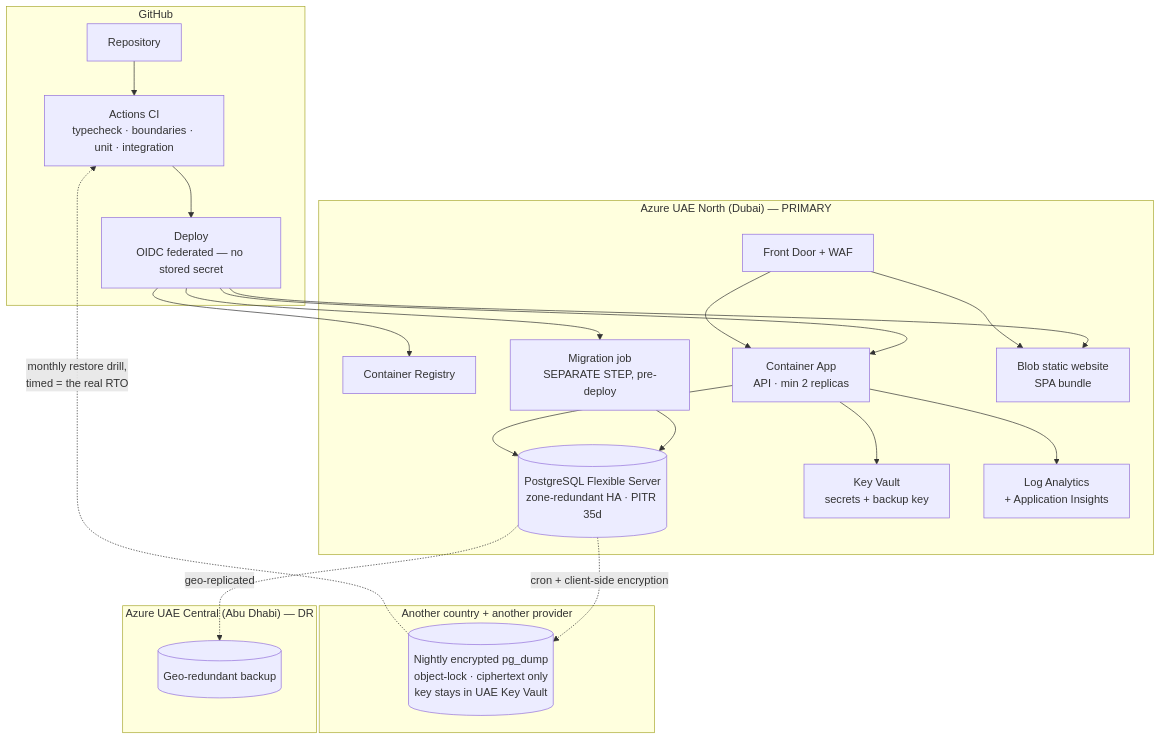
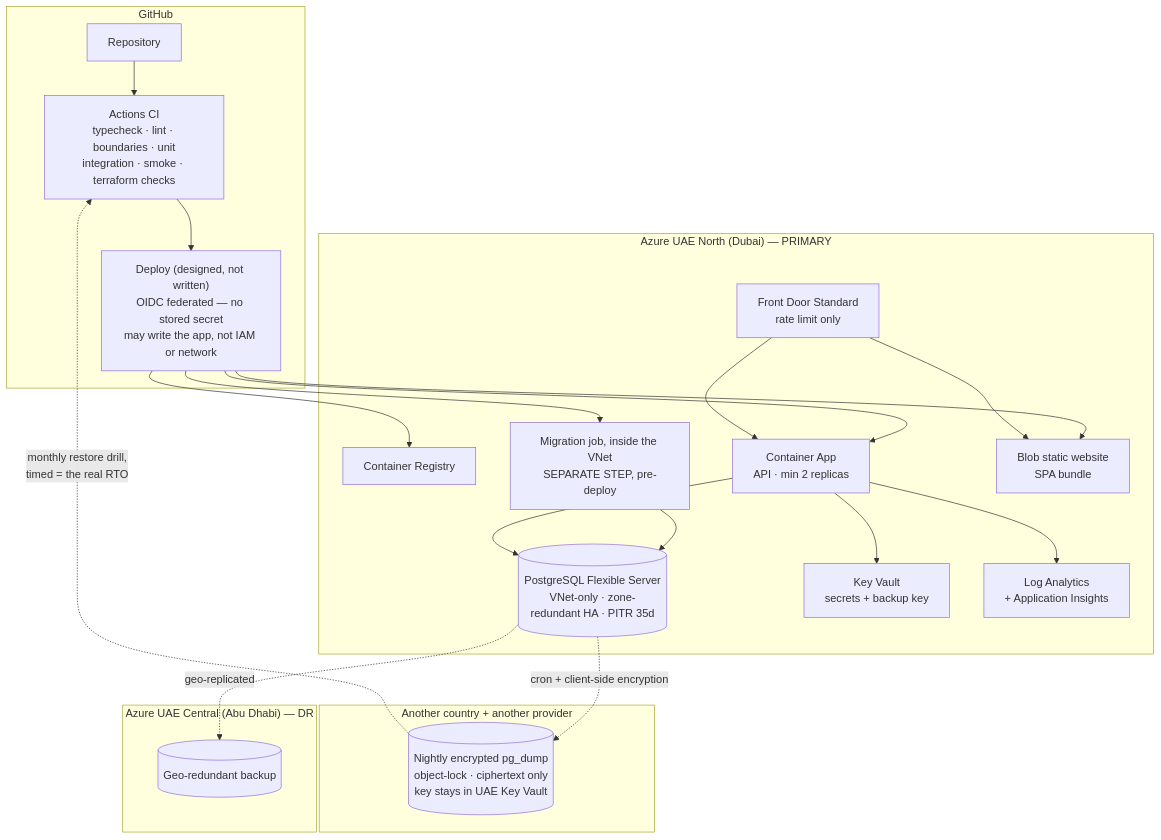
Before and after one commit to mohammad-qb/athlete: the fourth of 4 diagrams in README.md, drawn with Mermaid. The commit also changed other lines of this file and 13 other files, not shown here.

````diff
--- a/README.md
+++ b/README.md
@@ -248,40 +269,40 @@
 ```mermaid
 flowchart TB
     subgraph gh["GitHub"]
         repo["Repository"]
-        ci["Actions CI<br/>typecheck · boundaries · unit · integration"]
-        cd["Deploy<br/>OIDC federated — no stored secret"]
+        ci["Actions CI<br/>typecheck · lint · boundaries · unit<br/>integration · smoke · terraform checks"]
+        cd["Deploy (designed, not written)<br/>OIDC federated — no stored secret<br/>may write the app, not IAM or network"]
     end
 
     subgraph uaen["Azure UAE North (Dubai) — PRIMARY"]
         acr["Container Registry"]
-        mig["Migration job<br/>SEPARATE STEP, pre-deploy"]
+        mig["Migration job, inside the VNet<br/>SEPARATE STEP, pre-deploy"]
         ca["Container App<br/>API · min 2 replicas"]
-        pg[("PostgreSQL Flexible Server<br/>zone-redundant HA · PITR 35d")]
+        pg[("PostgreSQL Flexible Server<br/>VNet-only · zone-redundant HA · PITR 35d")]
         blob["Blob static website<br/>SPA bundle"]
-        fd["Front Door + WAF"]
+        fd["Front Door Standard<br/>rate limit only"]
         kv["Key Vault<br/>secrets + backup key"]
         obs["Log Analytics<br/>+ Application Insights"]
     end
 
     subgraph uaec["Azure UAE Central (Abu Dhabi) — DR"]
         geo[("Geo-redundant backup")]
     end
 
     subgraph offsite["Another country + another provider"]
         dump[("Nightly encrypted pg_dump<br/>object-lock · ciphertext only<br/>key stays in UAE Key Vault")]
     end
 
     repo --> ci --> cd --> acr
     cd --> mig --> pg
     cd --> ca
     cd --> blob
     fd --> blob
     fd --> ca
     ca --> pg
     ca --> kv
     ca --> obs
     pg -.->|geo-replicated| geo
     pg -.->|cron + client-side encryption| dump
     dump -.->|monthly restore drill,<br/>timed = the real RTO| ci
 ```
````
